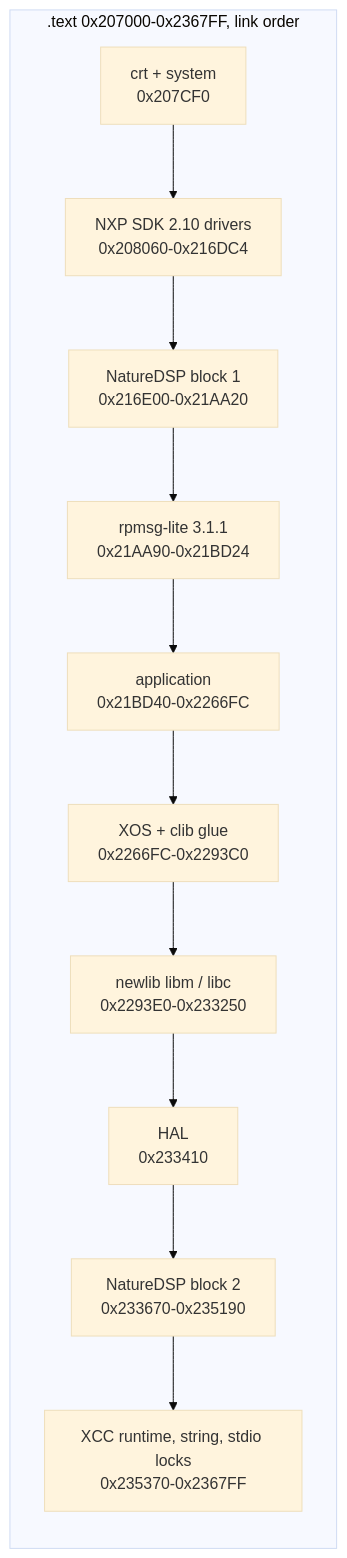
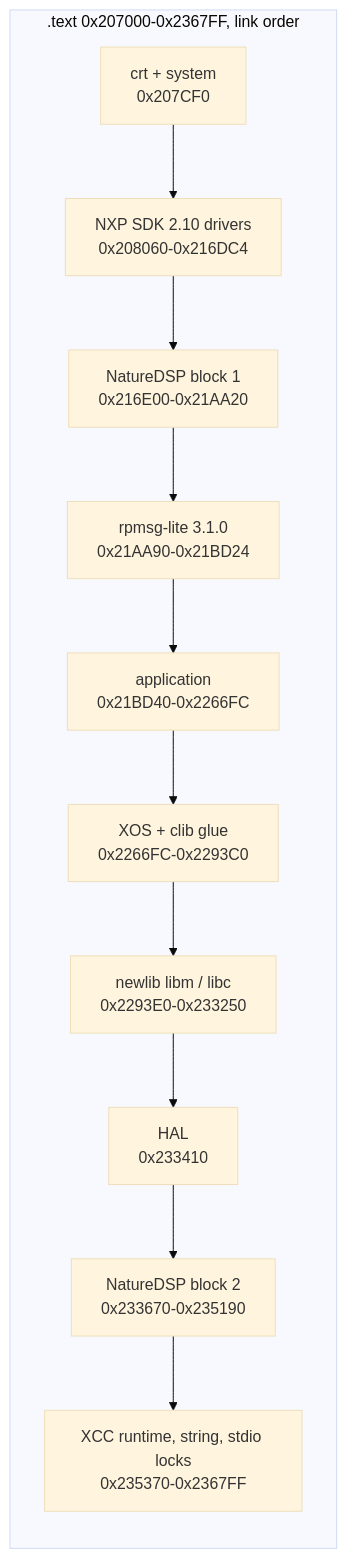
The third of 3 diagrams in docs/code/ifdsp/hifi4.md (Reid-n0rc/FT-710_Firmware), drawn with Mermaid (base theme) before and after one commit. The commit also changed other lines of this file and 3 other files, not shown here.

First line of the commit message:
T24 HiFi4: docs: rpmsg-lite is v3.1.0 on the HiFi4 too; tooling for the HiFi4 recreation

````diff
--- a/docs/code/ifdsp/hifi4.md
+++ b/docs/code/ifdsp/hifi4.md
@@ -397,14 +397,14 @@
 ```mermaid
 flowchart LR
     subgraph text[".text 0x207000-0x2367FF, link order"]
         crt["crt + system<br/>0x207CF0"] --> sdk["NXP SDK 2.10 drivers<br/>0x208060-0x216DC4"]
         sdk --> ndsp1["NatureDSP block 1<br/>0x216E00-0x21AA20"]
-        ndsp1 --> rpmsg["rpmsg-lite 3.1.1<br/>0x21AA90-0x21BD24"]
+        ndsp1 --> rpmsg["rpmsg-lite 3.1.0<br/>0x21AA90-0x21BD24"]
         rpmsg --> app["application<br/>0x21BD40-0x2266FC"]
         app --> xos["XOS + clib glue<br/>0x2266FC-0x2293C0"]
         xos --> libc["newlib libm / libc<br/>0x2293E0-0x233250"]
         libc --> hal["HAL<br/>0x233410"]
         hal --> ndsp2["NatureDSP block 2<br/>0x233670-0x235190"]
         ndsp2 --> rt["XCC runtime, string, stdio locks<br/>0x235370-0x2367FF"]
     end
 ```
````
